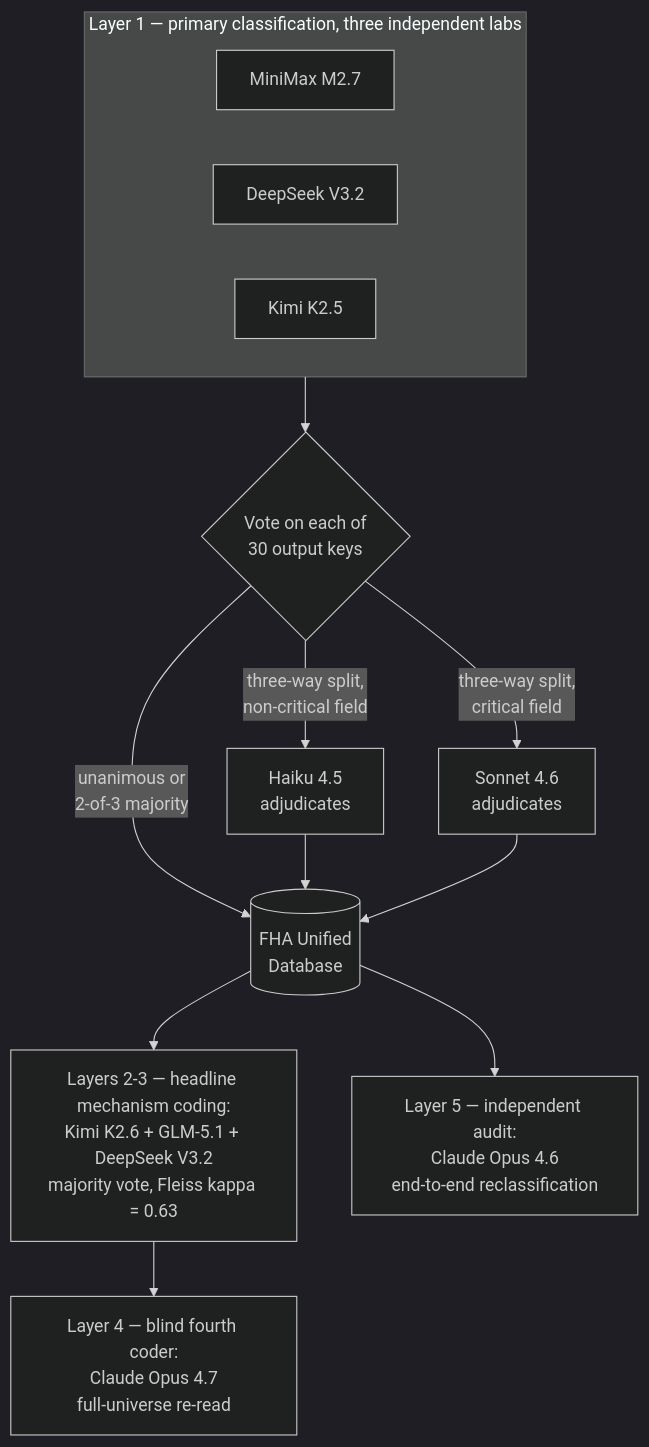
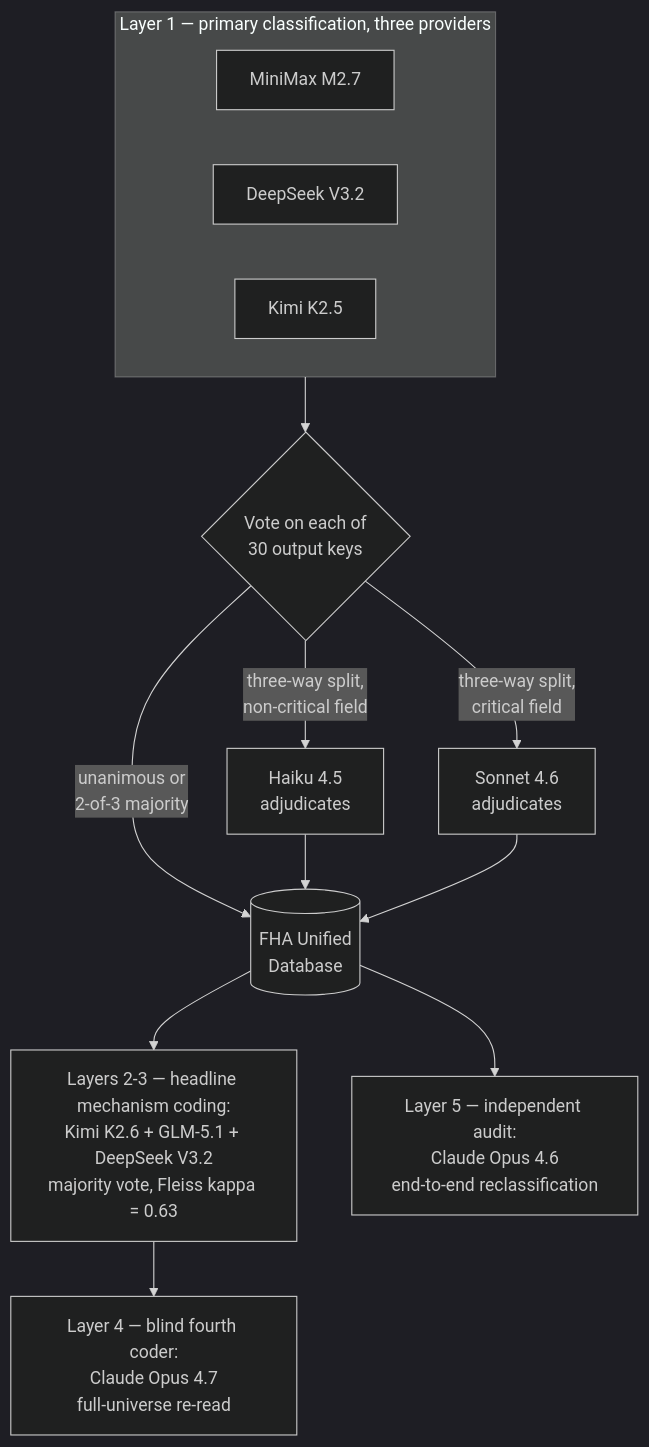
One commit to NickGillArizona/Duty-Without-Data changed the second of 2 diagrams in method/METHODOLOGY.md. Above: the diagram before and after it, drawn with Mermaid (dark theme). The commit also changed other lines of this file and 67 other files, not shown here.

````diff
--- a/method/METHODOLOGY.md
+++ b/method/METHODOLOGY.md
@@ -61,18 +61,18 @@
 ```mermaid
 flowchart TB
-    subgraph L1["Layer 1 — primary classification, three independent labs"]
+    subgraph L1["Layer 1 — primary classification, three providers"]
         direction LR
         M1["MiniMax M2.7"]
         M2["DeepSeek V3.2"]
         M3["Kimi K2.5"]
     end
     L1 --> V{"Vote on each of<br/>30 output keys"}
     V -->|"unanimous or<br/>2-of-3 majority"| DB[("FHA Unified<br/>Database")]
     V -->|"three-way split,<br/>non-critical field"| HA["Haiku 4.5<br/>adjudicates"]
     V -->|"three-way split,<br/>critical field"| SA["Sonnet 4.6<br/>adjudicates"]
     HA --> DB
     SA --> DB
     DB --> EN["Layers 2-3 — headline mechanism coding:<br/>Kimi K2.6 + GLM-5.1 + DeepSeek V3.2<br/>majority vote, Fleiss kappa = 0.63"]
     EN --> A1["Layer 4 — blind fourth coder:<br/>Claude Opus 4.7<br/>full-universe re-read"]
     DB --> A2["Layer 5 — independent audit:<br/>Claude Opus 4.6<br/>end-to-end reclassification"]
 ```
````
